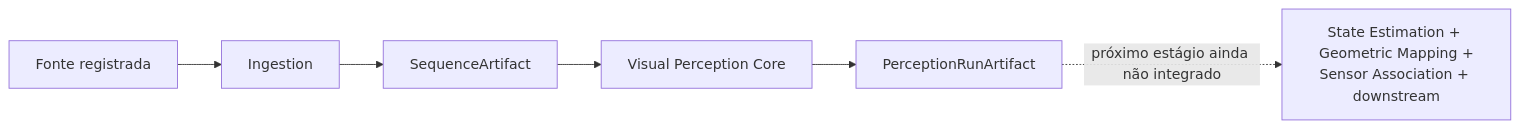
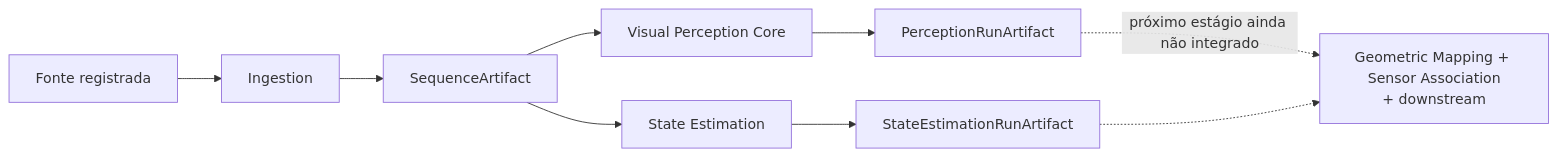
Before and after one commit to Alexandre-Tortoza/contextmap2: the second of 18 diagrams in docs/PIPELINE.md, drawn with Mermaid. The commit also changed other lines of this file and 5 other files, not shown here.

````diff
--- a/docs/PIPELINE.md
+++ b/docs/PIPELINE.md
@@ -83,8 +83,11 @@
 ```mermaid
 flowchart LR
     RAW["Fonte registrada"] --> ING["Ingestion"]
     ING --> SEQ["SequenceArtifact"]
     SEQ --> VP["Visual Perception Core"]
     VP --> PRA["PerceptionRunArtifact"]
-    PRA -. próximo estágio ainda não integrado .-> FUT["State Estimation + Geometric Mapping +<br/>Sensor Association + downstream"]
+    SEQ --> ST["State Estimation"]
+    ST --> TRA["StateEstimationRunArtifact"]
+    PRA -. próximo estágio ainda não integrado .-> FUT["Geometric Mapping + Sensor Association<br/>+ downstream"]
+    TRA -.-> FUT
 ```
````
